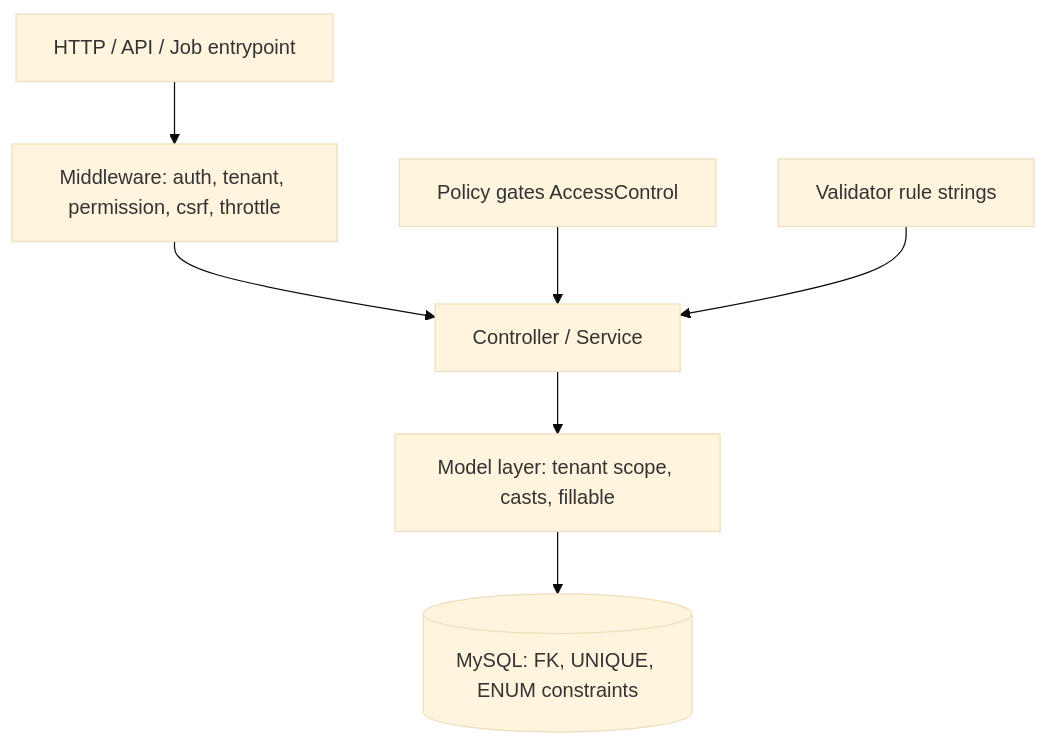
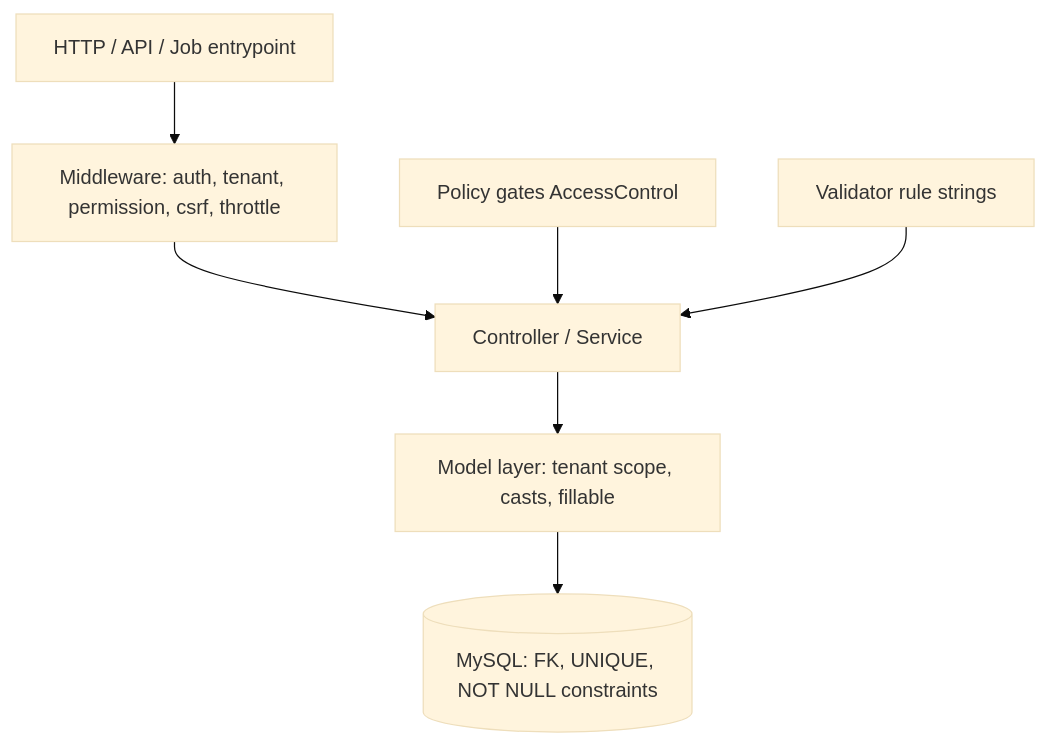
The first of 2 diagrams in docs/02-Business-Rules.md (ammarnabileg/crm), drawn with Mermaid (base theme) before and after one commit. The commit also changed other lines of this file and 47 other files, not shown here.

````diff
--- a/docs/02-Business-Rules.md
+++ b/docs/02-Business-Rules.md
@@ -33,9 +33,9 @@
 ```mermaid
 flowchart TD
     A[HTTP / API / Job entrypoint] --> B[Middleware: auth, tenant, permission, csrf, throttle]
     B --> C[Controller / Service]
     C --> D[Model layer: tenant scope, casts, fillable]
-    D --> E[(MySQL: FK, UNIQUE, ENUM constraints)]
+    D --> E[(MySQL: FK, UNIQUE, NOT NULL constraints)]
     F[Policy gates AccessControl] --> C
     G[Validator rule strings] --> C
 ```
````
